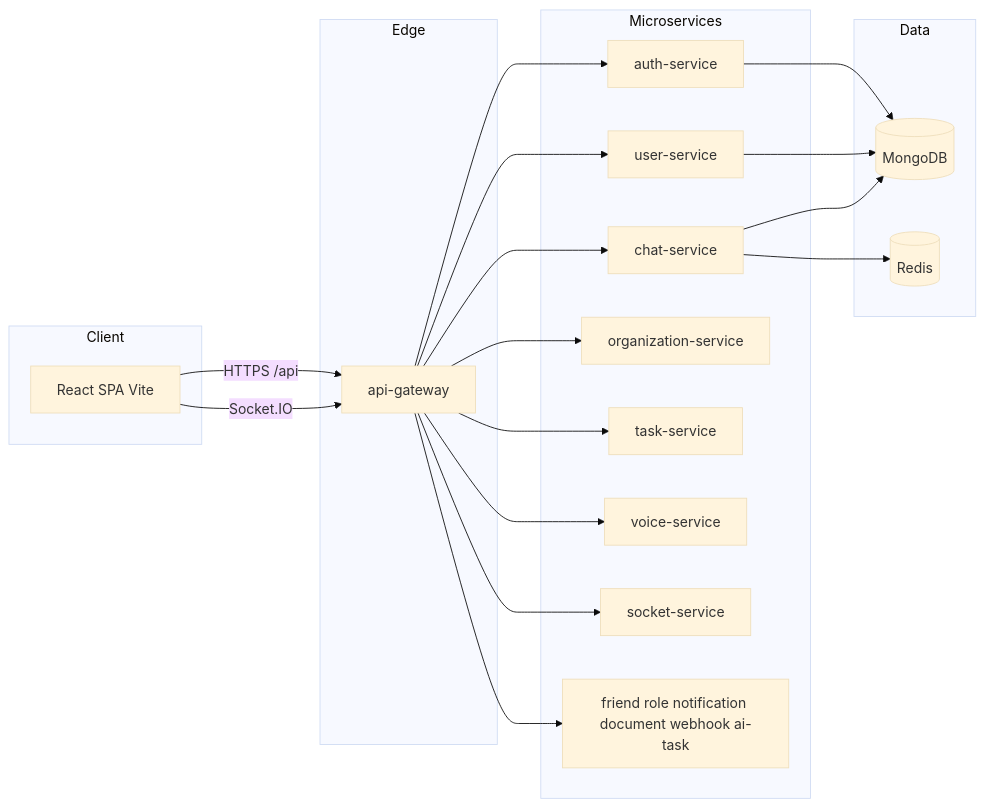
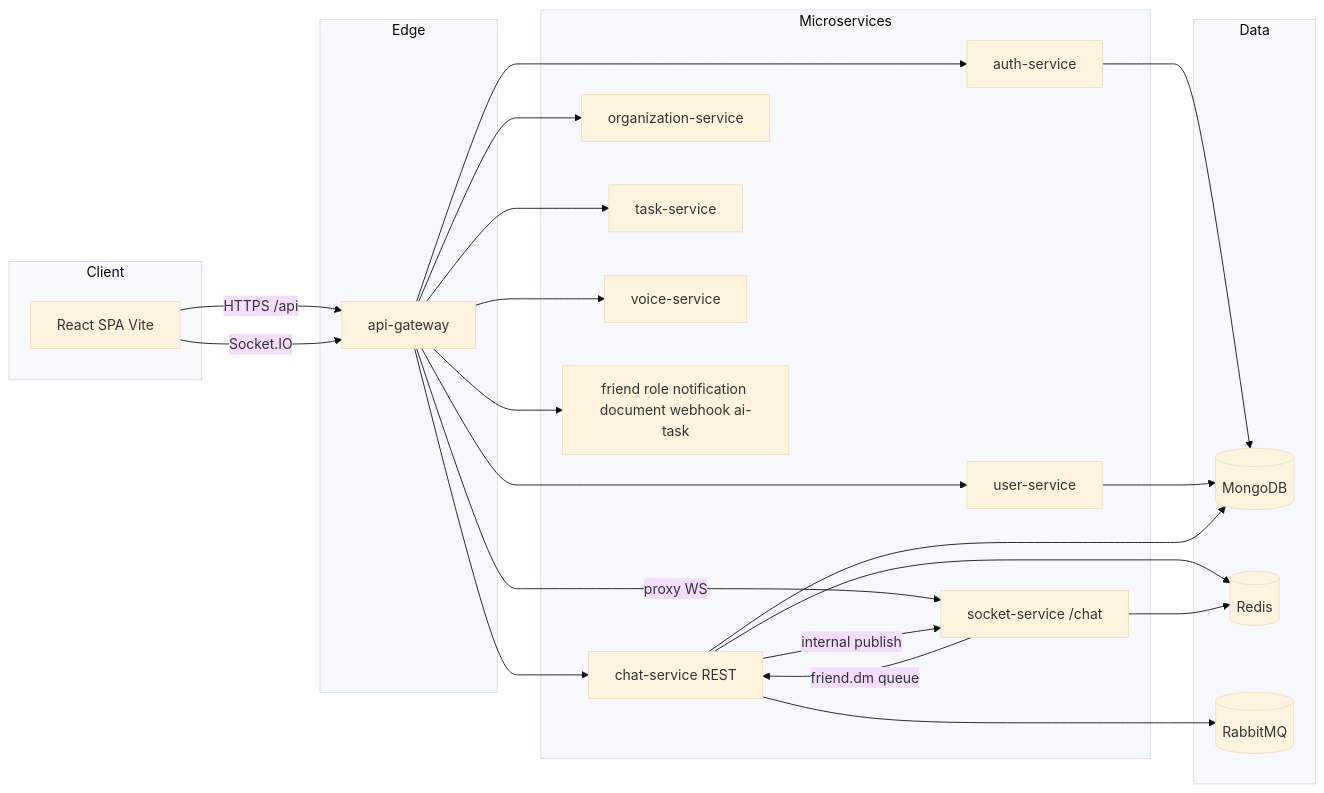
The diagram in ARCHITECTURE.md (nguyenhuy601/VoiceHub), drawn with Mermaid (base theme) before and after one commit. The commit also changed other lines of this file and 222 other files, not shown here.

Commit message:
UPDATE: Refactor architecture documentation to clarify microservices interactions and deployment strategies; enhance docker-compose configurations for service builds and environment variables; streamline migration and deployment instructions for improved clarity and usability.

````diff
--- a/ARCHITECTURE.md
+++ b/ARCHITECTURE.md
@@ -7,37 +7,42 @@
 ```mermaid
 flowchart LR
   subgraph client [Client]
     SPA[React SPA Vite]
   end
   subgraph edge [Edge]
     GW[api-gateway]
   end
   subgraph ms [Microservices]
     AUTH[auth-service]
     USER[user-service]
-    CHAT[chat-service]
+    CHAT[chat-service REST]
     ORG[organization-service]
     TASK[task-service]
     VOICE[voice-service]
-    SOCK[socket-service]
+    SOCK[socket-service /chat]
     OTHER[friend role notification document webhook ai-task]
   end
   subgraph data [Data]
     M[(MongoDB)]
     R[(Redis)]
+    Q[(RabbitMQ)]
   end
   SPA -->|HTTPS /api| GW
   SPA -->|Socket.IO| GW
   GW --> AUTH
   GW --> USER
   GW --> CHAT
   GW --> ORG
   GW --> TASK
   GW --> VOICE
   GW --> OTHER
-  GW --> SOCK
+  GW -->|proxy WS| SOCK
+  SOCK -->|friend.dm queue| CHAT
+  CHAT -->|internal publish| SOCK
   AUTH --> M
   USER --> M
   CHAT --> M
   CHAT --> R
+  CHAT --> Q
+  SOCK --> R
 ```
````
